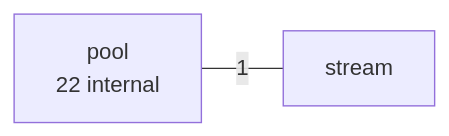
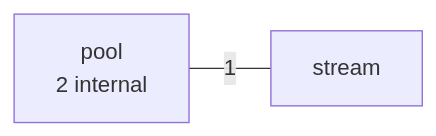
Before and after one commit to LukasSelin/doppel: the second of 3 diagrams in examples/conc.md, drawn with Mermaid. The commit also changed other lines of this file and 6 other files, not shown here.

````diff
--- a/examples/conc.md
+++ b/examples/conc.md
@@ -114,6 +113,6 @@
 ```mermaid
 flowchart LR
-    p0["pool<br/>22 internal"]
+    p0["pool<br/>2 internal"]
     p1["stream"]
     p0 ---|"1"| p1
 ```
````
